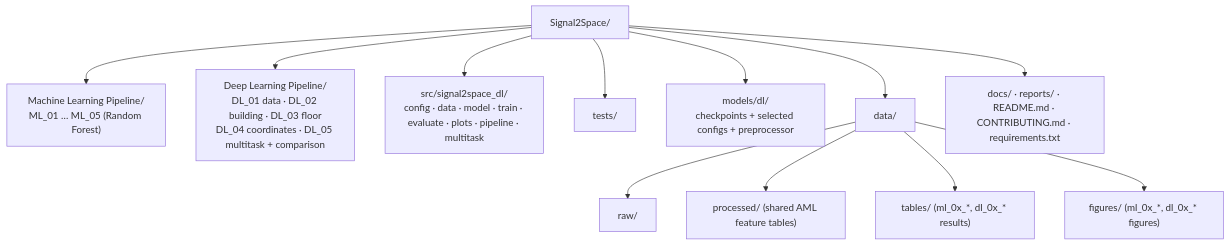
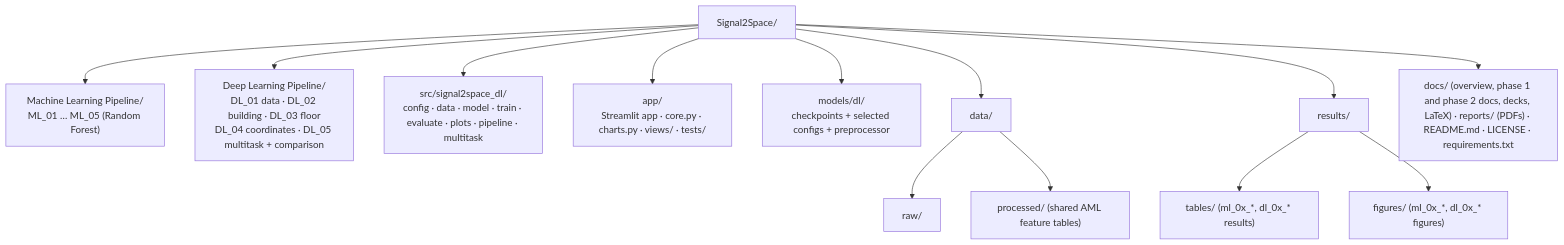
One commit to krishiv274/Signal2Space changed the first of 3 diagrams in README.md. Above: the diagram before and after it, drawn with Mermaid. The commit also changed other lines of this file, not shown here.

First line of the commit message:
Document the Streamlit app and update README paths

````diff
--- a/README.md
+++ b/README.md
@@ -47,15 +79,16 @@
 ```mermaid
 flowchart TB
     A["Signal2Space/"]
     A --> B["Machine Learning Pipeline/<br/>ML_01 … ML_05 (Random Forest)"]
     A --> C["Deep Learning Pipeline/<br/>DL_01 data · DL_02 building · DL_03 floor<br/>DL_04 coordinates · DL_05 multitask + comparison"]
     A --> S["src/signal2space_dl/<br/>config · data · model · train · evaluate · plots · pipeline · multitask"]
-    A --> T["tests/"]
+    A --> P["app/<br/>Streamlit app · core.py · charts.py · views/ · tests/"]
     A --> M["models/dl/<br/>checkpoints + selected configs + preprocessor"]
     A --> D["data/"]
     D --> D1["raw/"]
     D --> D2["processed/ (shared AML feature tables)"]
-    D --> D3["tables/ (ml_0x_*, dl_0x_* results)"]
-    D --> D4["figures/ (ml_0x_*, dl_0x_* figures)"]
-    A --> R["docs/ · reports/ · README.md · CONTRIBUTING.md · requirements.txt"]
+    A --> RS["results/"]
+    RS --> R1["tables/ (ml_0x_*, dl_0x_* results)"]
+    RS --> R2["figures/ (ml_0x_*, dl_0x_* figures)"]
+    A --> R["docs/ (overview, phase 1 and phase 2 docs, decks, LaTeX) · reports/ (PDFs) · README.md · LICENSE · requirements.txt"]
 ```
````
